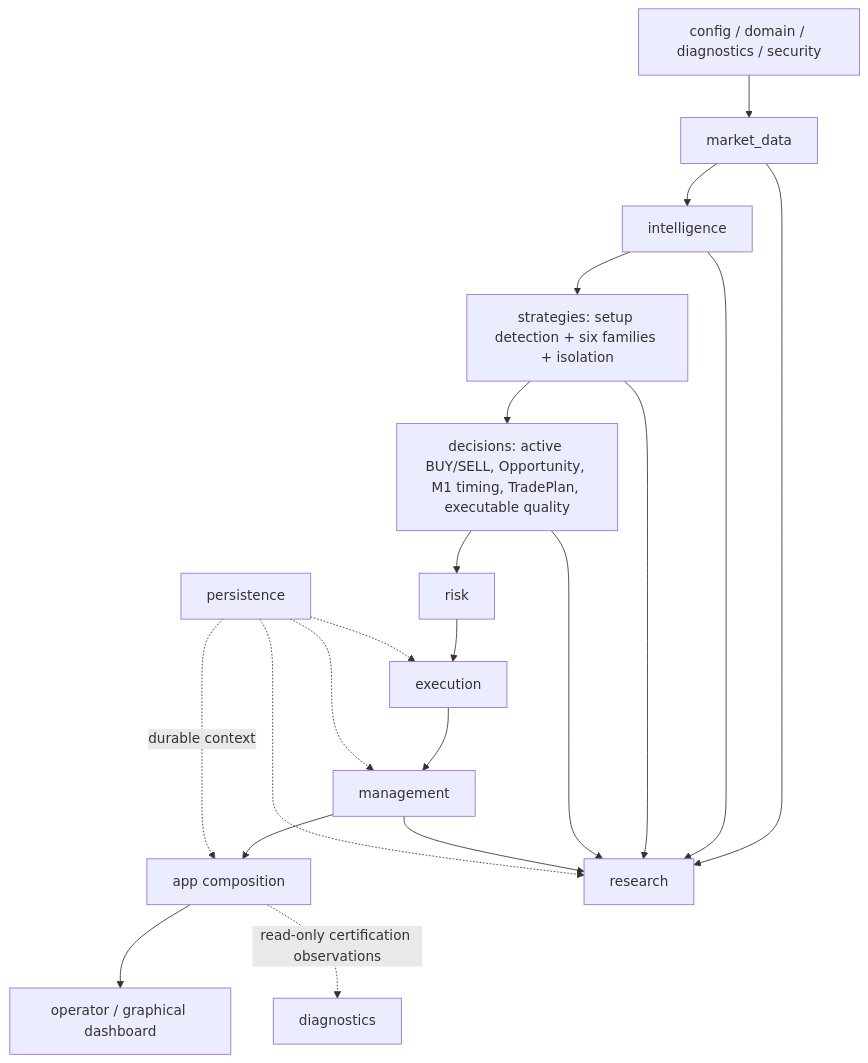
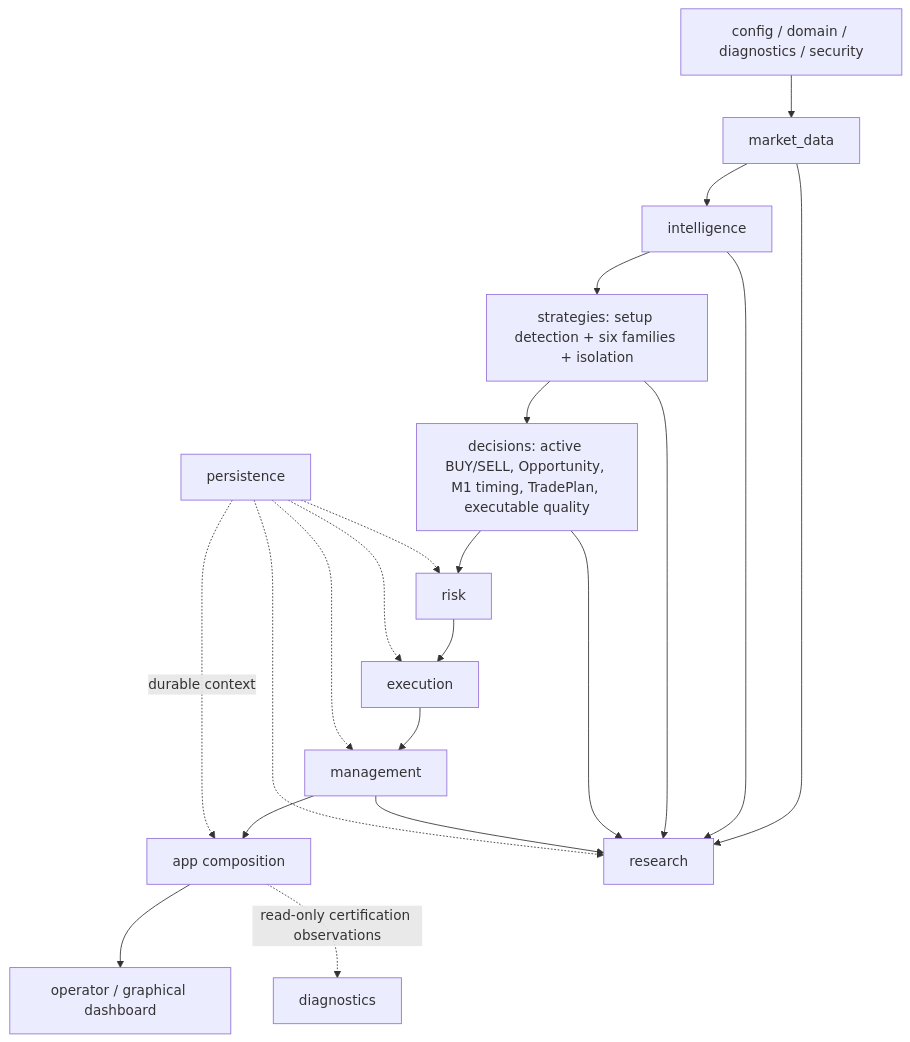
Before and after one commit to Hatoobachoo/GoldScalpTrader: the diagram in Documents/07-engineering/MODULE_STRUCTURE.md, drawn with Mermaid. The commit also changed other lines of this file and 7 other files, not shown here.

Commit message:
feat: persist UTC risk-day authority

````diff
--- a/Documents/07-engineering/MODULE_STRUCTURE.md
+++ b/Documents/07-engineering/MODULE_STRUCTURE.md
@@ -9,24 +9,25 @@
 ```mermaid
 flowchart TB
     BASE["config / domain / diagnostics / security"] --> DATA["market_data"]
     DATA --> INTEL["intelligence"]
     INTEL --> STRAT["strategies: setup detection + six families + isolation"]
     STRAT --> DEC["decisions: active BUY/SELL, Opportunity, M1 timing, TradePlan, executable quality"]
     DEC --> RISK["risk"]
     RISK --> EXEC["execution"]
     EXEC --> MGMT["management"]
     MGMT --> APP["app composition"]
     APP --> OP["operator / graphical dashboard"]
 
     DATA --> RESEARCH["research"]
     INTEL --> RESEARCH
     STRAT --> RESEARCH
     DEC --> RESEARCH
     MGMT --> RESEARCH
 
     PERSIST["persistence"] -. "durable context" .-> APP
+    PERSIST -.-> RISK
     PERSIST -.-> EXEC
     PERSIST -.-> MGMT
     PERSIST -.-> RESEARCH
     APP -. "read-only certification observations" .-> DIAG["diagnostics"]
 ```
````
